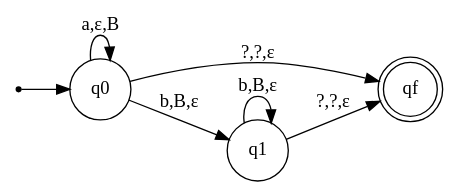
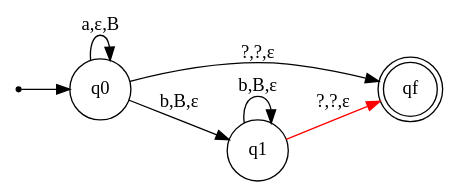
The diagram in automata.dot (AndrExAgris/LFA), drawn with Graphviz before and after one commit. The commit also changed 3 other files, not shown here.

```diff
--- a/automata.dot
+++ b/automata.dot
@@ -1,13 +1,13 @@
- digraph X {
- rankdir=LR;
- init [shape=point]
- node[shape=circle]
- init -> q0
- node[shape=doublecircle] qf;
- node[shape=circle]
+digraph X {
+rankdir=LR;
+init [shape=point]
+node[shape=circle]
+init -> q0
+node[shape=doublecircle] qf;
+node[shape=circle]
  q0 -> q0 [label="a,ε,B"]
  q0 -> q1 [label="b,B,ε"]
  q0 -> qf [label="?,?,ε"]
  q1 -> q1 [label="b,B,ε"]
- q1 -> qf [label="?,?,ε"]
+ q1 -> qf [label="?,?,ε", color="red"]
 }
```
